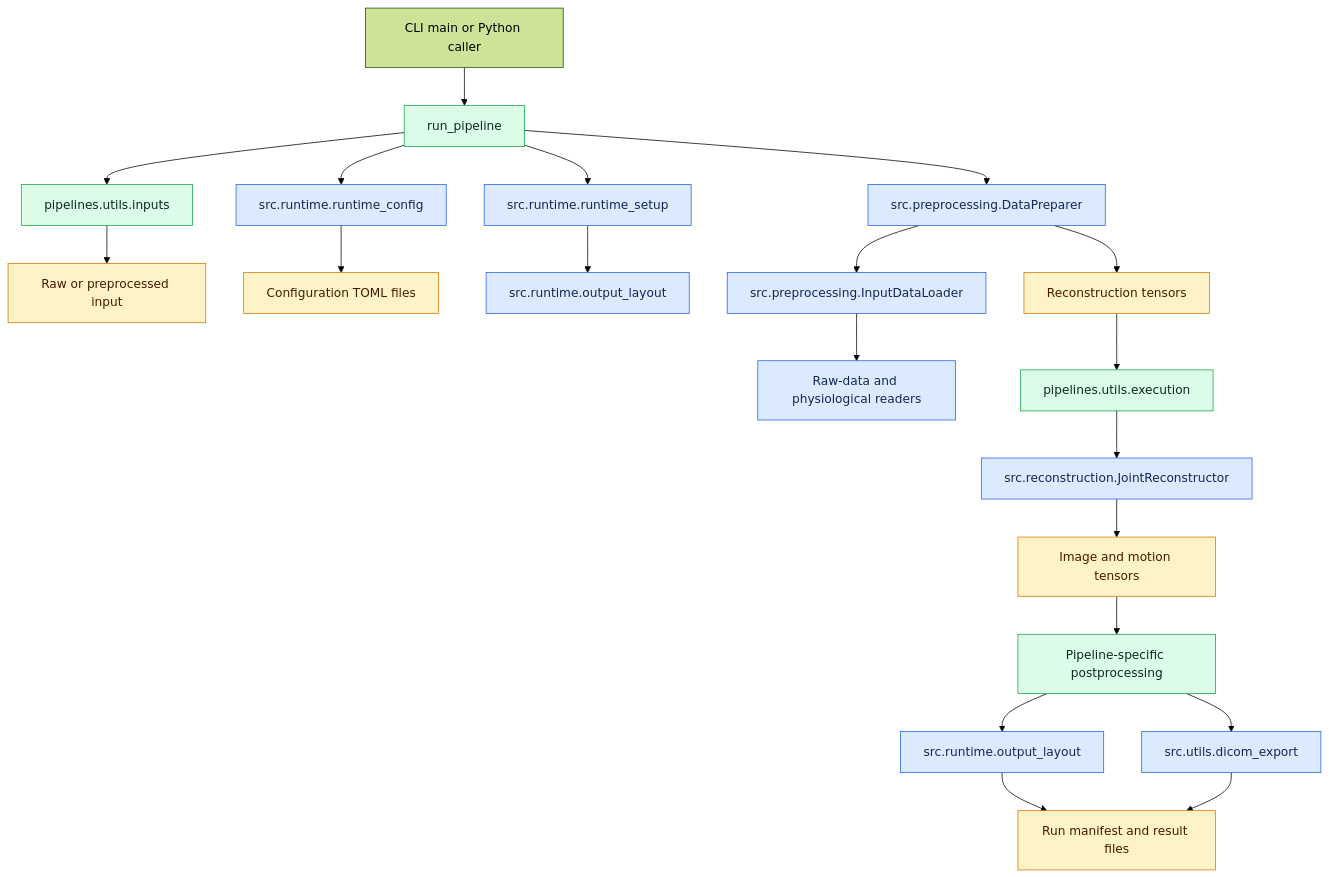
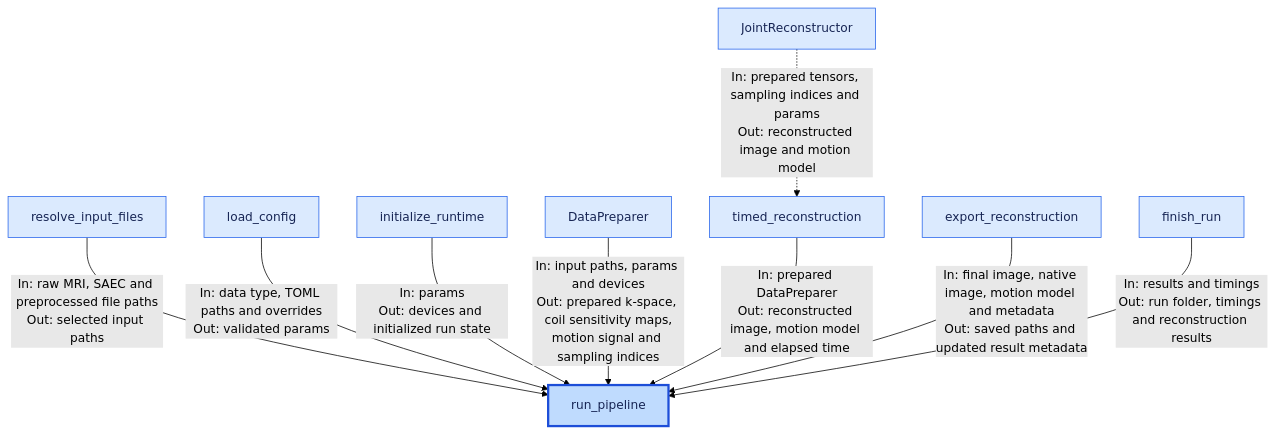
One commit to IADI-Nancy/GRICS-torch changed the first of 3 diagrams in docs/architecture/pipelines.md. Above: the diagram before and after it, drawn with Mermaid (forest theme). The commit also changed other lines of this file and 3 other files, not shown here.

````diff
--- a/docs/architecture/pipelines.md
+++ b/docs/architecture/pipelines.md
@@ -28,29 +9,16 @@
 ```mermaid
 flowchart TD
-    CLI[CLI main or Python caller] --> Pipeline[run_pipeline]
-    Pipeline --> Inputs[pipelines.utils.inputs]
-    Inputs --> Source[Raw or preprocessed input]
-    Pipeline --> Config[src.runtime.runtime_config]
-    Config --> TOML[Configuration TOML files]
-    Pipeline --> Runtime[src.runtime.runtime_setup]
-    Runtime --> RunOutputs[src.runtime.output_layout]
-    Pipeline --> Preparer[src.preprocessing.DataPreparer]
-    Preparer --> Loader[src.preprocessing.InputDataLoader]
-    Loader --> Readers[Raw-data and physiological readers]
-    Preparer --> Prepared[Reconstruction tensors]
-    Prepared --> Execution[pipelines.utils.execution]
-    Execution --> Reconstructor[src.reconstruction.JointReconstructor]
-    Reconstructor --> Result[Image and motion tensors]
-    Result --> Postprocessing[Pipeline-specific postprocessing]
-    Postprocessing --> DICOM[src.utils.dicom_export]
-    Postprocessing --> TensorOutput[src.runtime.output_layout]
-    TensorOutput --> Manifest[Run manifest and result files]
-    DICOM --> Manifest
+    Inputs[resolve_input_files] -->|"In: raw MRI, SAEC and preprocessed file paths<br/>Out: selected input paths"| Pipeline[run_pipeline]
+    Config[load_config] -->|"In: data type, TOML paths and overrides<br/>Out: validated params"| Pipeline
+    Runtime[initialize_runtime] -->|"In: params<br/>Out: devices and initialized run state"| Pipeline
+    Preparer[DataPreparer] -->|"In: input paths, params and devices<br/>Out: prepared k-space, coil sensitivity maps,<br/>motion signal and sampling indices"| Pipeline
+    Solver[JointReconstructor] -.->|"In: prepared tensors, sampling indices and params<br/>Out: reconstructed image and motion model"| Execution[timed_reconstruction]
+    Execution -->|"In: prepared DataPreparer<br/>Out: reconstructed image, motion model and elapsed time"| Pipeline
+    Export[export_reconstruction] -->|"In: final image, native image, motion model and metadata<br/>Out: saved paths and updated result metadata"| Pipeline
+    Finish[finish_run] -->|"In: results and timings<br/>Out: run folder, timings and reconstruction results"| Pipeline
 
-    classDef pipeline fill:#dcfce7,stroke:#16a34a,color:#052e16
-    classDef shared fill:#dbeafe,stroke:#2563eb,color:#172554
-    classDef artifact fill:#fef3c7,stroke:#d97706,color:#451a03
-    class Pipeline,Inputs,Execution,Postprocessing pipeline
-    class Config,Runtime,RunOutputs,Preparer,Loader,Readers,Reconstructor,DICOM,TensorOutput shared
-    class Source,TOML,Prepared,Result,Manifest artifact
+    classDef coordinator fill:#bfdbfe,stroke:#1d4ed8,stroke-width:3px,color:#172554
+    classDef pythonClass fill:#dbeafe,stroke:#2563eb,color:#172554
+    class Pipeline coordinator
+    class Inputs,Config,Runtime,Preparer,Solver,Execution,Export,Finish pythonClass
 ```
````
